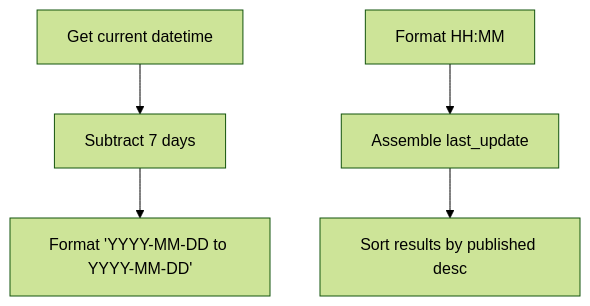
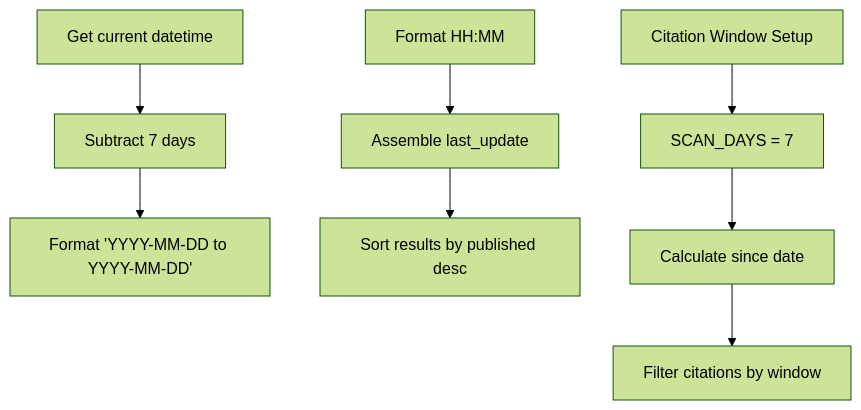
Before and after one commit to junxie01/cryoseismology_papers: diagram 16 of 20 in .qoder/repowiki/en/content/Core Components/Paper Collection Engine.md, drawn with Mermaid (forest theme). The commit also changed other lines of this file and 12 other files, not shown here.

````diff
--- a/.qoder/repowiki/en/content/Core Components/Paper Collection Engine.md
+++ b/.qoder/repowiki/en/content/Core Components/Paper Collection Engine.md
@@ -382,7 +541,10 @@
 ```mermaid
 flowchart TD
 Now["Get current datetime"] --> SevenDaysAgo["Subtract 7 days"]
 SevenDaysAgo --> FormatRange["Format 'YYYY-MM-DD to YYYY-MM-DD'"]
 FormatTime["Format HH:MM"] --> Meta["Assemble last_update"]
 Meta --> Sort["Sort results by published desc"]
+CitationWindow["Citation Window Setup"] --> ScanDays["SCAN_DAYS = 7"]
+ScanDays --> SinceDate["Calculate since date"]
+SinceDate --> FilterCitations["Filter citations by window"]
 ```
````
